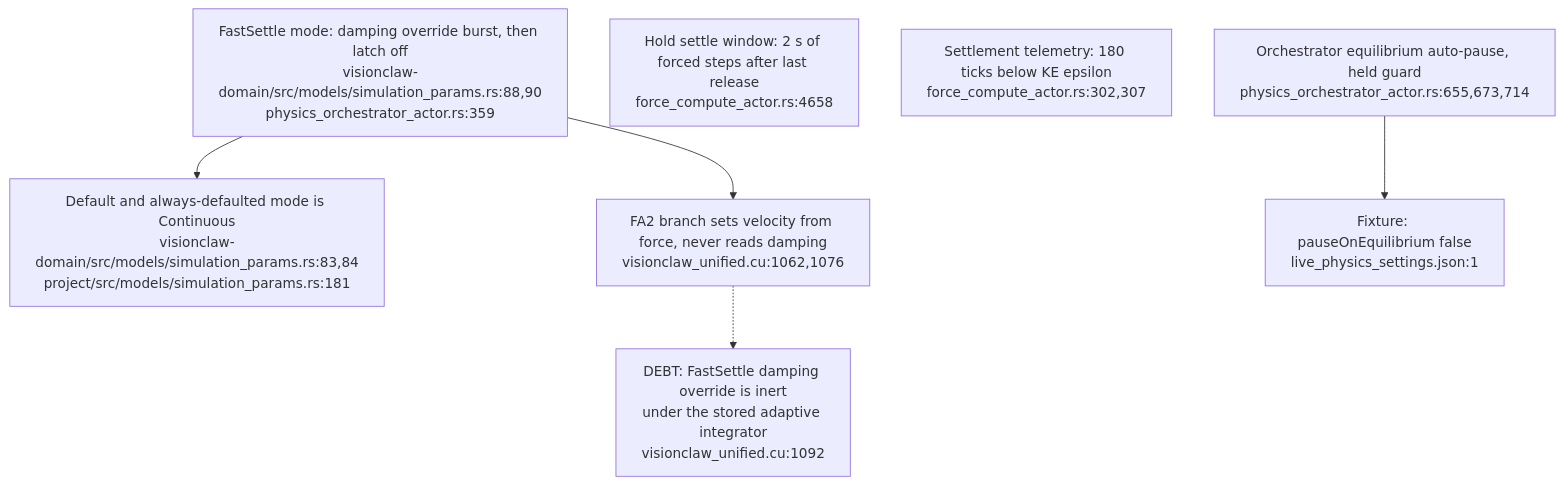
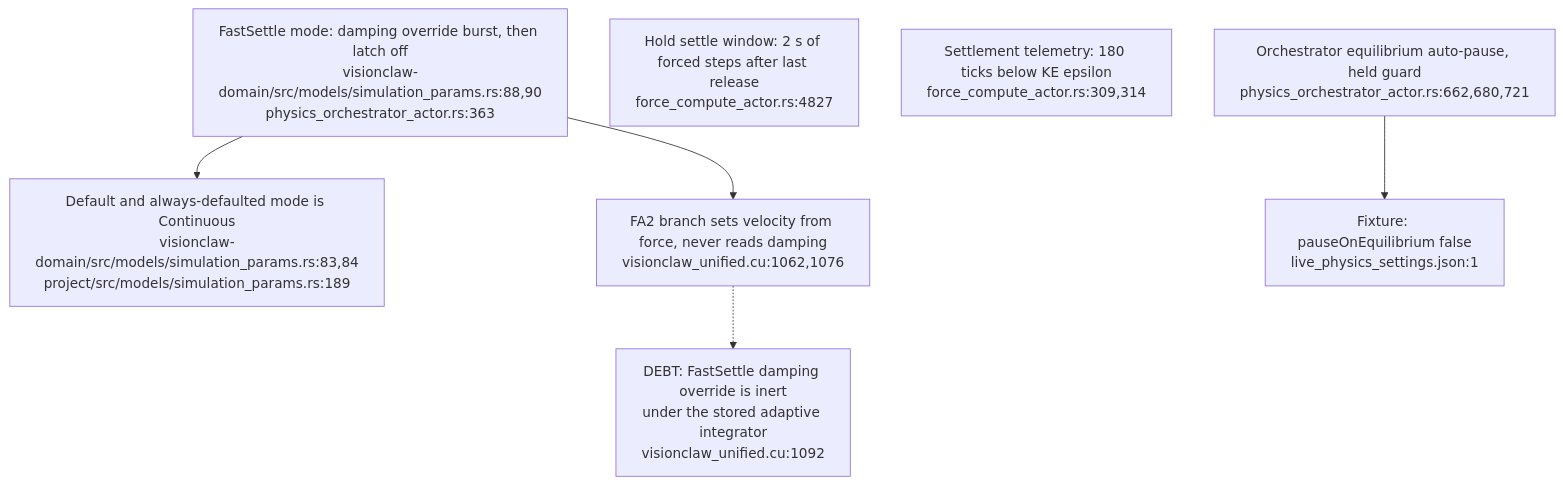
One commit to DreamLab-AI/VisionFlow changed the third of 6 diagrams in docs/diagrams/visionclaw/54-layout-mode-step-cadence-and-settle.md. Above: the diagram before and after it, drawn with Mermaid. The commit also changed other lines of this file and 6 other files, not shown here.

First line of the commit message:
diagrams(visionclaw): re-verify VC-51..57 at visionclaw 4900ec60

````diff
--- a/docs/diagrams/visionclaw/54-layout-mode-step-cadence-and-settle.md
+++ b/docs/diagrams/visionclaw/54-layout-mode-step-cadence-and-settle.md
@@ -84,9 +84,9 @@
 ```mermaid
 flowchart TD
-    FS["FastSettle mode: damping override burst, then latch off<br/>visionclaw-domain/src/models/simulation_params.rs:88,90<br/>physics_orchestrator_actor.rs:359"] --> DEF["Default and always-defaulted mode is Continuous<br/>visionclaw-domain/src/models/simulation_params.rs:83,84<br/>project/src/models/simulation_params.rs:181"]
-    WIN["Hold settle window: 2 s of forced steps after last release<br/>force_compute_actor.rs:4658"]
-    TEL["Settlement telemetry: 180 ticks below KE epsilon<br/>force_compute_actor.rs:302,307"]
-    EQ["Orchestrator equilibrium auto-pause, held guard<br/>physics_orchestrator_actor.rs:655,673,714"] --> OFF["Fixture: pauseOnEquilibrium false<br/>live_physics_settings.json:1"]
+    FS["FastSettle mode: damping override burst, then latch off<br/>visionclaw-domain/src/models/simulation_params.rs:88,90<br/>physics_orchestrator_actor.rs:363"] --> DEF["Default and always-defaulted mode is Continuous<br/>visionclaw-domain/src/models/simulation_params.rs:83,84<br/>project/src/models/simulation_params.rs:189"]
+    WIN["Hold settle window: 2 s of forced steps after last release<br/>force_compute_actor.rs:4827"]
+    TEL["Settlement telemetry: 180 ticks below KE epsilon<br/>force_compute_actor.rs:309,314"]
+    EQ["Orchestrator equilibrium auto-pause, held guard<br/>physics_orchestrator_actor.rs:662,680,721"] --> OFF["Fixture: pauseOnEquilibrium false<br/>live_physics_settings.json:1"]
     FS --> FA2["FA2 branch sets velocity from force, never reads damping<br/>visionclaw_unified.cu:1062,1076"]
     FA2 -.-> D1["DEBT: FastSettle damping override is inert<br/>under the stored adaptive integrator<br/>visionclaw_unified.cu:1092"]
 ```
````
